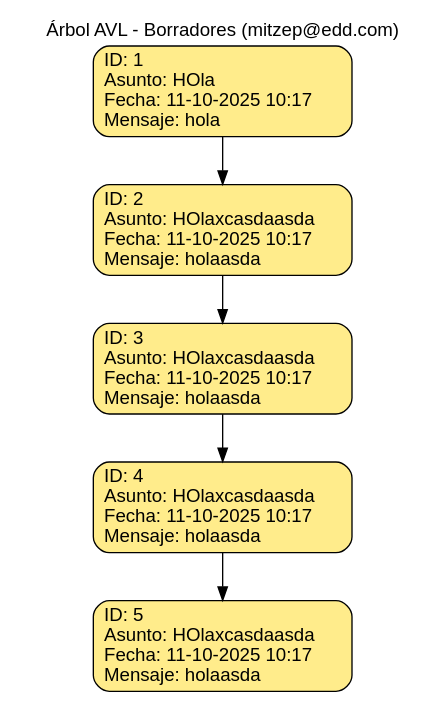
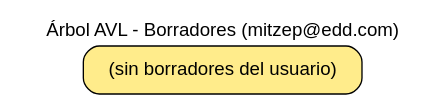
One commit to ChristianChinchilla/-EDD-2S2025_202308227 changed the diagram in Fase3/src/Reportes/Usuario-Reportes/mitzep@edd.com/borradores_avl.dot. Above: the diagram before and after it, drawn with Graphviz. The commit also changed 57 other files, not shown here.

```diff
--- a/Fase3/src/Reportes/Usuario-Reportes/mitzep@edd.com/borradores_avl.dot
+++ b/Fase3/src/Reportes/Usuario-Reportes/mitzep@edd.com/borradores_avl.dot
@@ -1,15 +1,7 @@
 digraph G {
   rankdir=TB;
   graph [fontname="Helvetica", nodesep="0.35", ranksep="0.5"];
   node [shape=box, style="rounded,filled", fillcolor="lightgoldenrod1", fontname="Helvetica"];
   labelloc="t"; label="Árbol AVL - Borradores (mitzep@edd.com)";
-  u1 [label="ID: 1\lAsunto: HOla\lFecha: 11-10-2025 10:17\lMensaje: hola\l"];
-  u2 [label="ID: 2\lAsunto: HOlaxcasdaasda\lFecha: 11-10-2025 10:17\lMensaje: holaasda\l"];
-  u3 [label="ID: 3\lAsunto: HOlaxcasdaasda\lFecha: 11-10-2025 10:17\lMensaje: holaasda\l"];
-  u4 [label="ID: 4\lAsunto: HOlaxcasdaasda\lFecha: 11-10-2025 10:17\lMensaje: holaasda\l"];
-  u5 [label="ID: 5\lAsunto: HOlaxcasdaasda\lFecha: 11-10-2025 10:17\lMensaje: holaasda\l"];
-  u1 -> u2;
-  u2 -> u3;
-  u3 -> u4;
-  u4 -> u5;
+  Empty [label="(sin borradores del usuario)"];
 }
```
